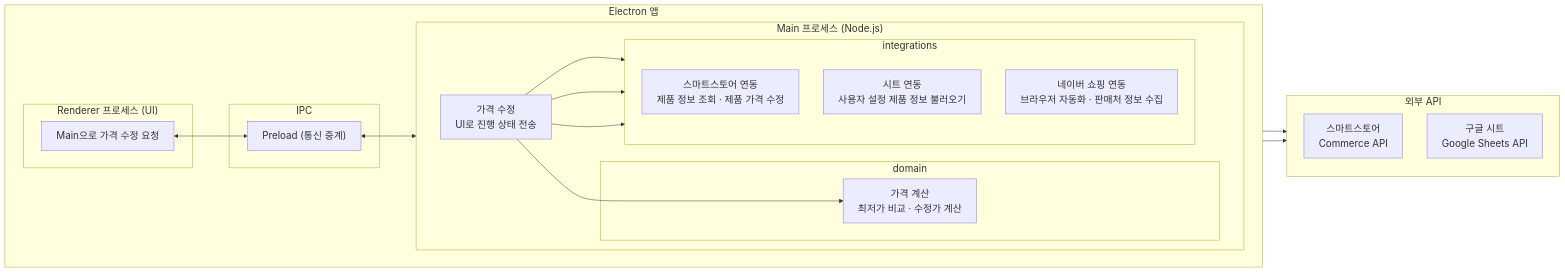
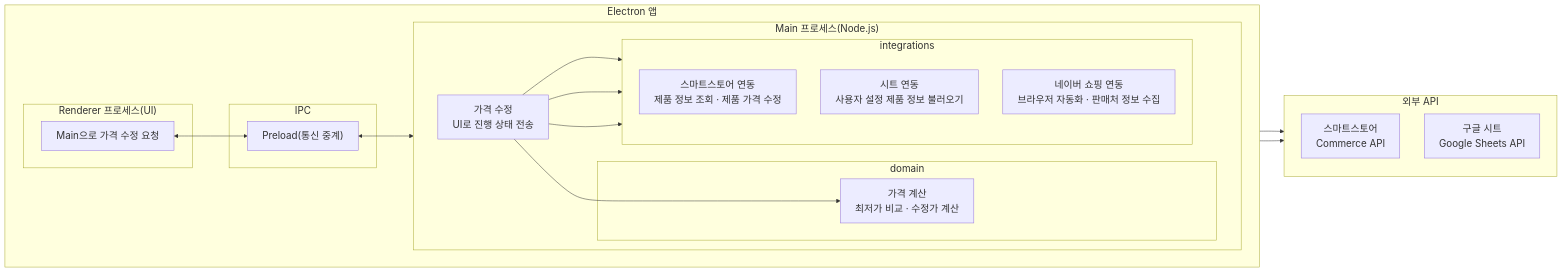
The diagram in assets/architecture.mmd (J8rl-Chik/smartstore-price-bot), drawn with Mermaid before and after one commit. The commit also changed 2 other files, not shown here.

Commit message:
docs: README, architecture 괄호 앞 띄어쓰기 제거
- 한글 맞춤법에 맞춰 소괄호를 앞말에 붙여 씀
- architecture.mmd 수정 후 이미지 다시 생성

```diff
--- a/assets/architecture.mmd
+++ b/assets/architecture.mmd
@@ -1,41 +1,41 @@
 %%{init: {"flowchart": {"htmlLabels": false, "wrappingWidth": 400}, "themeVariables": {"fontSize": "20px"}, "themeCSS": ".cluster-label text { font-size: 22px; font-weight: bold; }"}}%%
 flowchart LR
   subgraph Electron["Electron 앱"]
     direction LR
-    subgraph Renderer["Renderer 프로세스 (UI)"]
+    subgraph Renderer["Renderer 프로세스(UI)"]
       React["Main으로 가격 수정 요청"]
     end
 
-    subgraph Main["Main 프로세스 (Node.js)"]
+    subgraph Main["Main 프로세스(Node.js)"]
       direction LR
       Core["가격 수정<br/>UI로 진행 상태 전송"]
       subgraph Domain["domain"]
         DomainLogic["가격 계산<br/>최저가 비교 · 수정가 계산"]
       end
       subgraph Adapters["integrations"]
         direction TB
         StoreAd["스마트스토어 연동<br/>제품 정보 조회 · 제품 가격 수정"]
         SheetsAd["시트 연동<br/>사용자 설정 제품 정보 불러오기"]
         CatalogAd["네이버 쇼핑 연동<br/>브라우저 자동화 · 판매처 정보 수집"]
       end
       Core --> DomainLogic
       Core --> StoreAd
       Core --> SheetsAd
       Core --> CatalogAd
     end
 
     subgraph IPC["IPC"]
-      Preload["Preload (통신 중계)"]
+      Preload["Preload(통신 중계)"]
     end
 
     React <--> Preload <--> Core
   end
 
   subgraph External["외부 API"]
     direction TB
     Commerce["스마트스토어<br/>Commerce API"]
     Sheets["구글 시트<br/>Google Sheets API"]
   end
 
   StoreAd --> Commerce
   SheetsAd --> Sheets
```
